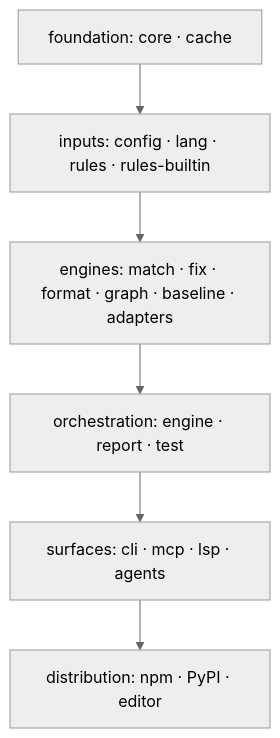
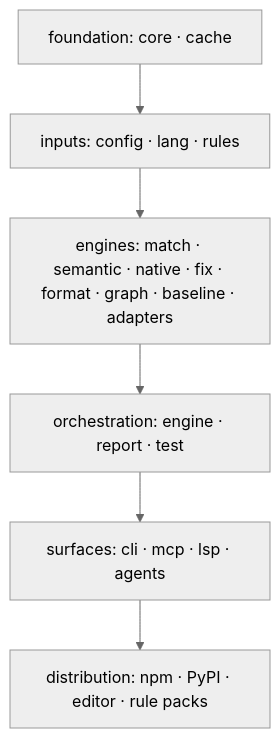
The diagram in records/0108_architecture.md (arpitarya/codelaw), drawn with Mermaid (neutral theme) before and after one commit. The commit also changed other lines of this file and 28 other files, not shown here.

First line of the commit message:
W-01: rules ship as five separately published packs; SR-RULE-PACKS accepted

````diff
--- a/records/0108_architecture.md
+++ b/records/0108_architecture.md
@@ -26,8 +26,8 @@
 ```mermaid
 flowchart TB
-    F["foundation: core · cache"] --> I["inputs: config · lang · rules · rules-builtin"]
-    I --> E["engines: match · fix · format · graph · baseline · adapters"]
+    F["foundation: core · cache"] --> I["inputs: config · lang · rules"]
+    I --> E["engines: match · semantic · native · fix · format · graph · baseline · adapters"]
     E --> O["orchestration: engine · report · test"]
     O --> S["surfaces: cli · mcp · lsp · agents"]
-    S --> D["distribution: npm · PyPI · editor"]
+    S --> D["distribution: npm · PyPI · editor · rule packs"]
 ```
````
